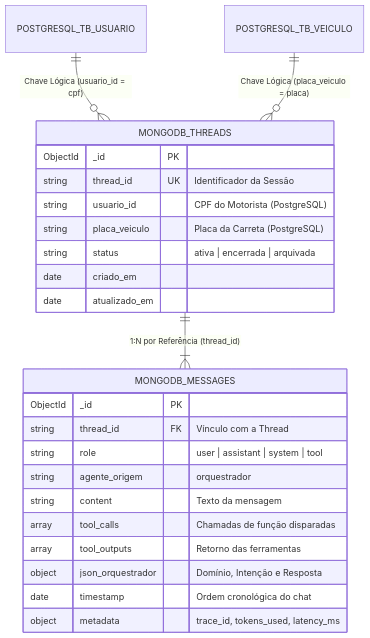
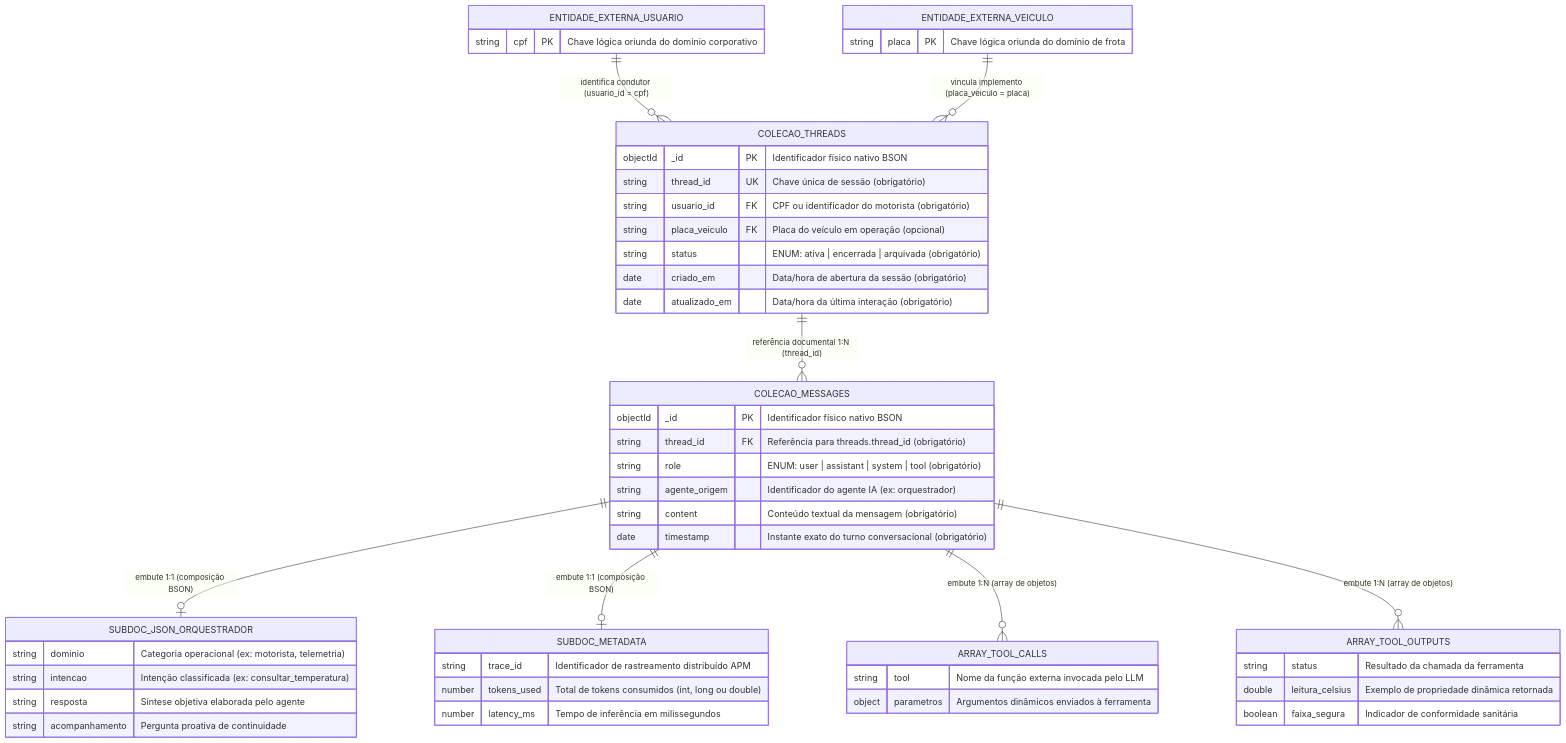
Before and after one commit to Efficientia/Efficientia-database: the first of 3 diagrams in 03_mongodb/README.md, drawn with Mermaid. The commit also changed other lines of this file and 75 other files, not shown here.

````diff
--- a/03_mongodb/README.md
+++ b/03_mongodb/README.md
@@ -39,29 +46,63 @@
 ```mermaid
 erDiagram
-    POSTGRESQL_TB_USUARIO ||--o{ MONGODB_THREADS : "Chave Lógica (usuario_id = cpf)"
-    POSTGRESQL_TB_VEICULO ||--o{ MONGODB_THREADS : "Chave Lógica (placa_veiculo = placa)"
-    MONGODB_THREADS ||--|{ MONGODB_MESSAGES : "1:N por Referência (thread_id)"
+    ENTIDADE_EXTERNA_USUARIO ||--o{ COLECAO_THREADS : "identifica condutor (usuario_id = cpf)"
+    ENTIDADE_EXTERNA_VEICULO ||--o{ COLECAO_THREADS : "vincula implemento (placa_veiculo = placa)"
 
-    MONGODB_THREADS {
-        ObjectId _id PK
-        string thread_id UK "Identificador da Sessão"
-        string usuario_id "CPF do Motorista (PostgreSQL)"
-        string placa_veiculo "Placa da Carreta (PostgreSQL)"
-        string status "ativa | encerrada | arquivada"
-        date criado_em
-        date atualizado_em
+    COLECAO_THREADS ||--o{ COLECAO_MESSAGES : "referência documental 1:N (thread_id)"
+
+    COLECAO_MESSAGES ||--o| SUBDOC_JSON_ORQUESTRADOR : "embute 1:1 (composição BSON)"
+    COLECAO_MESSAGES ||--o| SUBDOC_METADATA : "embute 1:1 (composição BSON)"
+    COLECAO_MESSAGES ||--o{ ARRAY_TOOL_CALLS : "embute 1:N (array de objetos)"
+    COLECAO_MESSAGES ||--o{ ARRAY_TOOL_OUTPUTS : "embute 1:N (array de objetos)"
+
+    ENTIDADE_EXTERNA_USUARIO {
+        string cpf PK "Chave lógica oriunda do domínio corporativo"
     }
 
-    MONGODB_MESSAGES {
-        ObjectId _id PK
-        string thread_id FK "Vínculo com a Thread"
-        string role "user | assistant | system | tool"
-        string agente_origem "orquestrador"
-        string content "Texto da mensagem"
-        array tool_calls "Chamadas de função disparadas"
-        array tool_outputs "Retorno das ferramentas"
-        object json_orquestrador "Domínio, Intenção e Resposta"
-        date timestamp "Ordem cronológica do chat"
-        object metadata "trace_id, tokens_used, latency_ms"
+    ENTIDADE_EXTERNA_VEICULO {
+        string placa PK "Chave lógica oriunda do domínio de frota"
+    }
+
+    COLECAO_THREADS {
+        objectId _id PK "Identificador físico nativo BSON"
+        string thread_id UK "Chave única de sessão (obrigatório)"
+        string usuario_id FK "CPF ou identificador do motorista (obrigatório)"
+        string placa_veiculo FK "Placa do veículo em operação (opcional)"
+        string status "ENUM: ativa | encerrada | arquivada (obrigatório)"
+        date criado_em "Data/hora de abertura da sessão (obrigatório)"
+        date atualizado_em "Data/hora da última interação (obrigatório)"
+    }
+
+    COLECAO_MESSAGES {
+        objectId _id PK "Identificador físico nativo BSON"
+        string thread_id FK "Referência para threads.thread_id (obrigatório)"
+        string role "ENUM: user | assistant | system | tool (obrigatório)"
+        string agente_origem "Identificador do agente IA (ex: orquestrador)"
+        string content "Conteúdo textual da mensagem (obrigatório)"
+        date timestamp "Instante exato do turno conversacional (obrigatório)"
+    }
+
+    SUBDOC_JSON_ORQUESTRADOR {
+        string dominio "Categoria operacional (ex: motorista, telemetria)"
+        string intencao "Intenção classificada (ex: consultar_temperatura)"
+        string resposta "Síntese objetiva elaborada pelo agente"
+        string acompanhamento "Pergunta proativa de continuidade"
+    }
+
+    SUBDOC_METADATA {
+        string trace_id "Identificador de rastreamento distribuído APM"
+        number tokens_used "Total de tokens consumidos (int, long ou double)"
+        number latency_ms "Tempo de inferência em milissegundos"
+    }
+
+    ARRAY_TOOL_CALLS {
+        string tool "Nome da função externa invocada pelo LLM"
+        object parametros "Argumentos dinâmicos enviados à ferramenta"
+    }
+
+    ARRAY_TOOL_OUTPUTS {
+        string status "Resultado da chamada da ferramenta"
+        double leitura_celsius "Exemplo de propriedade dinâmica retornada"
+        boolean faixa_segura "Indicador de conformidade sanitária"
     }
 ```
````
